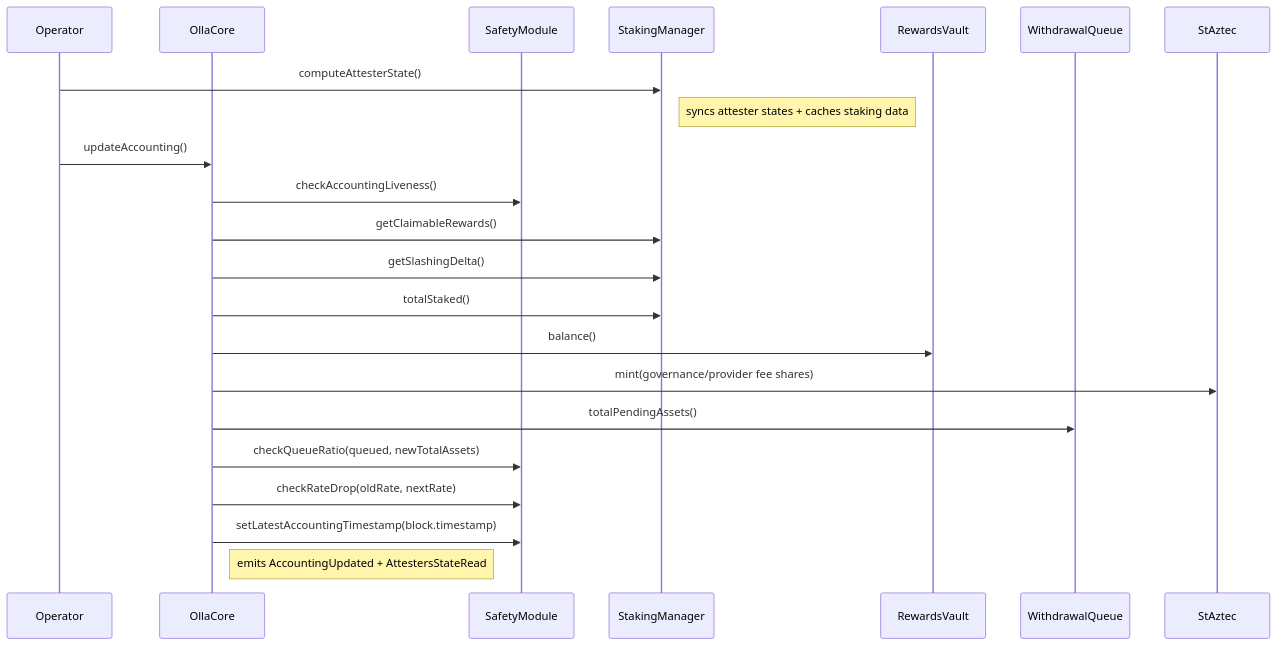
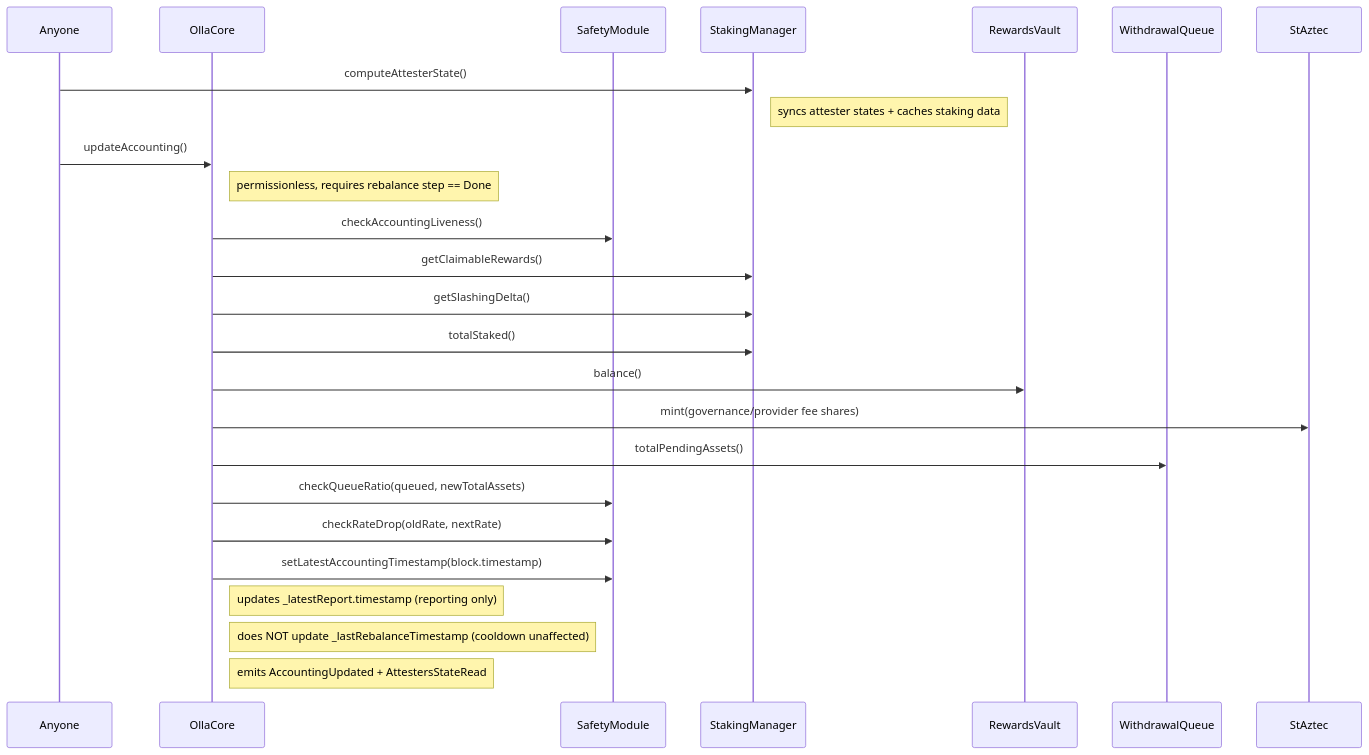
Before and after one commit to ollafinance/core: the ninth of 9 diagrams in docs/operator-actions.md, drawn with Mermaid. The commit also changed other lines of this file and 54 other files, not shown here.

First line of the commit message:
fix: make rebalance, accounting, and staking manager functions permissionless (#300)

````diff
--- a/docs/operator-actions.md
+++ b/docs/operator-actions.md
@@ -196,25 +239,28 @@
 ```mermaid
 sequenceDiagram
-    participant OP as Operator
+    participant A as Anyone
     participant C as OllaCore
     participant SAF as SafetyModule
     participant SM as StakingManager
     participant RV as RewardsVault
     participant WQ as WithdrawalQueue
     participant ST as StAztec
 
-    OP->>SM: computeAttesterState()
+    A->>SM: computeAttesterState()
     Note right of SM: syncs attester states + caches staking data
-    OP->>C: updateAccounting()
+    A->>C: updateAccounting()
+    Note right of C: permissionless, requires rebalance step == Done
     C->>SAF: checkAccountingLiveness()
     C->>SM: getClaimableRewards()
     C->>SM: getSlashingDelta()
     C->>SM: totalStaked()
     C->>RV: balance()
     C->>ST: mint(governance/provider fee shares)
     C->>WQ: totalPendingAssets()
     C->>SAF: checkQueueRatio(queued, newTotalAssets)
     C->>SAF: checkRateDrop(oldRate, nextRate)
     C->>SAF: setLatestAccountingTimestamp(block.timestamp)
+    Note right of C: updates _latestReport.timestamp (reporting only)
+    Note right of C: does NOT update _lastRebalanceTimestamp (cooldown unaffected)
     Note right of C: emits AccountingUpdated + AttestersStateRead
 ```
````
